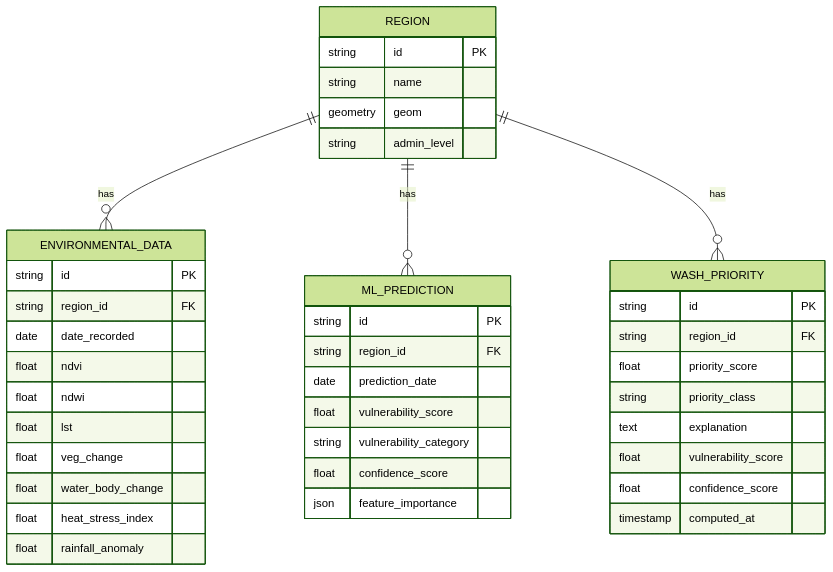
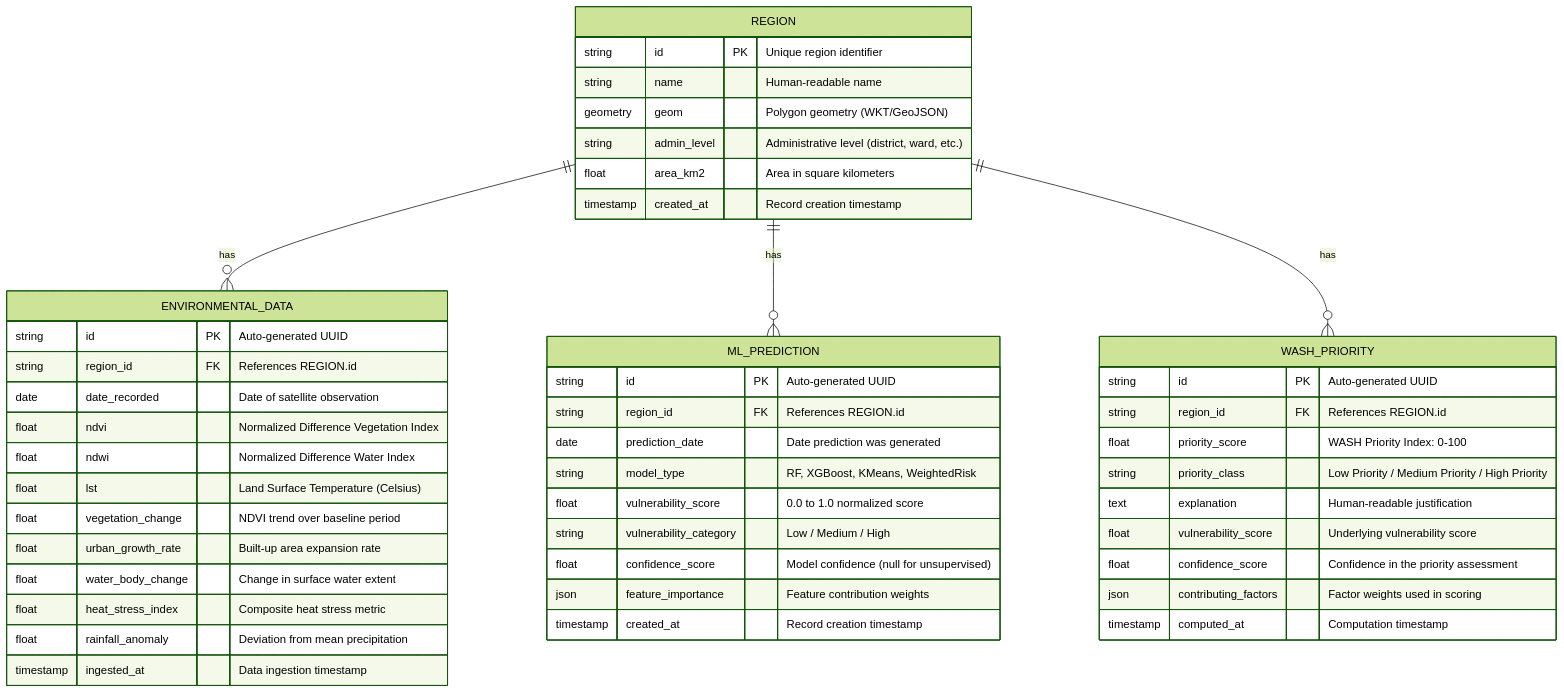
One commit to Adds14/AI-GEO-NGO changed the third of 8 diagrams in docs/architecture.md. Above: the diagram before and after it, drawn with Mermaid (forest theme). The commit also changed other lines of this file and 10 other files, not shown here.

````diff
--- a/docs/architecture.md
+++ b/docs/architecture.md
@@ -172,47 +265,54 @@
 ```mermaid
 erDiagram
     REGION ||--o{ ENVIRONMENTAL_DATA : has
     REGION ||--o{ ML_PREDICTION : has
     REGION ||--o{ WASH_PRIORITY : has
 
     REGION {
-        string id PK
-        string name
-        geometry geom
-        string admin_level
+        string id PK "Unique region identifier"
+        string name "Human-readable name"
+        geometry geom "Polygon geometry (WKT/GeoJSON)"
+        string admin_level "Administrative level (district, ward, etc.)"
+        float area_km2 "Area in square kilometers"
+        timestamp created_at "Record creation timestamp"
     }
 
     ENVIRONMENTAL_DATA {
-        string id PK
-        string region_id FK
-        date date_recorded
-        float ndvi
-        float ndwi
-        float lst
-        float veg_change
-        float water_body_change
-        float heat_stress_index
-        float rainfall_anomaly
+        string id PK "Auto-generated UUID"
+        string region_id FK "References REGION.id"
+        date date_recorded "Date of satellite observation"
+        float ndvi "Normalized Difference Vegetation Index"
+        float ndwi "Normalized Difference Water Index"
+        float lst "Land Surface Temperature (Celsius)"
+        float vegetation_change "NDVI trend over baseline period"
+        float urban_growth_rate "Built-up area expansion rate"
+        float water_body_change "Change in surface water extent"
+        float heat_stress_index "Composite heat stress metric"
+        float rainfall_anomaly "Deviation from mean precipitation"
+        timestamp ingested_at "Data ingestion timestamp"
     }
 
     ML_PREDICTION {
-        string id PK
-        string region_id FK
-        date prediction_date
-        float vulnerability_score
-        string vulnerability_category
-        float confidence_score
-        json feature_importance
+        string id PK "Auto-generated UUID"
+        string region_id FK "References REGION.id"
+        date prediction_date "Date prediction was generated"
+        string model_type "RF, XGBoost, KMeans, WeightedRisk"
+        float vulnerability_score "0.0 to 1.0 normalized score"
+        string vulnerability_category "Low / Medium / High"
+        float confidence_score "Model confidence (null for unsupervised)"
+        json feature_importance "Feature contribution weights"
+        timestamp created_at "Record creation timestamp"
     }
 
     WASH_PRIORITY {
-        string id PK
-        string region_id FK
-        float priority_score
-        string priority_class
-        text explanation
-        float vulnerability_score
-        float confidence_score
-        timestamp computed_at
+        string id PK "Auto-generated UUID"
+        string region_id FK "References REGION.id"
+        float priority_score "WASH Priority Index: 0-100"
+        string priority_class "Low Priority / Medium Priority / High Priority"
+        text explanation "Human-readable justification"
+        float vulnerability_score "Underlying vulnerability score"
+        float confidence_score "Confidence in the priority assessment"
+        json contributing_factors "Factor weights used in scoring"
+        timestamp computed_at "Computation timestamp"
     }
 ```
````
